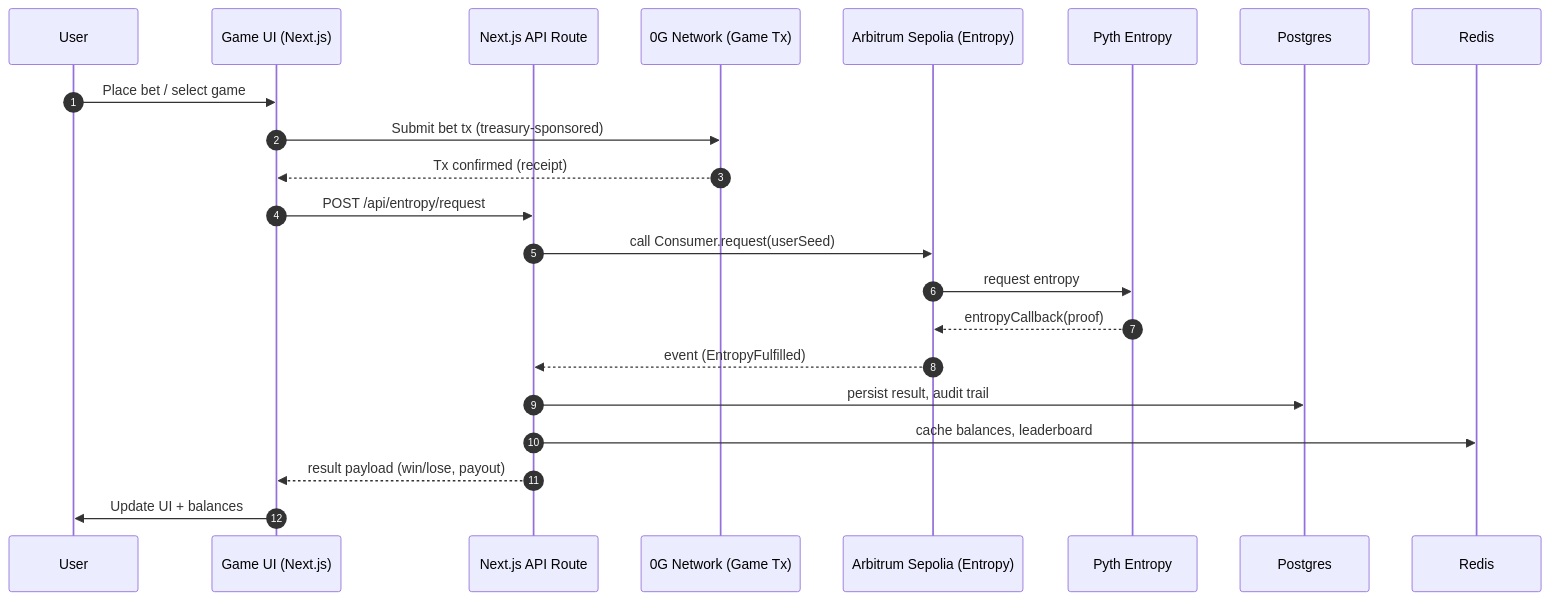
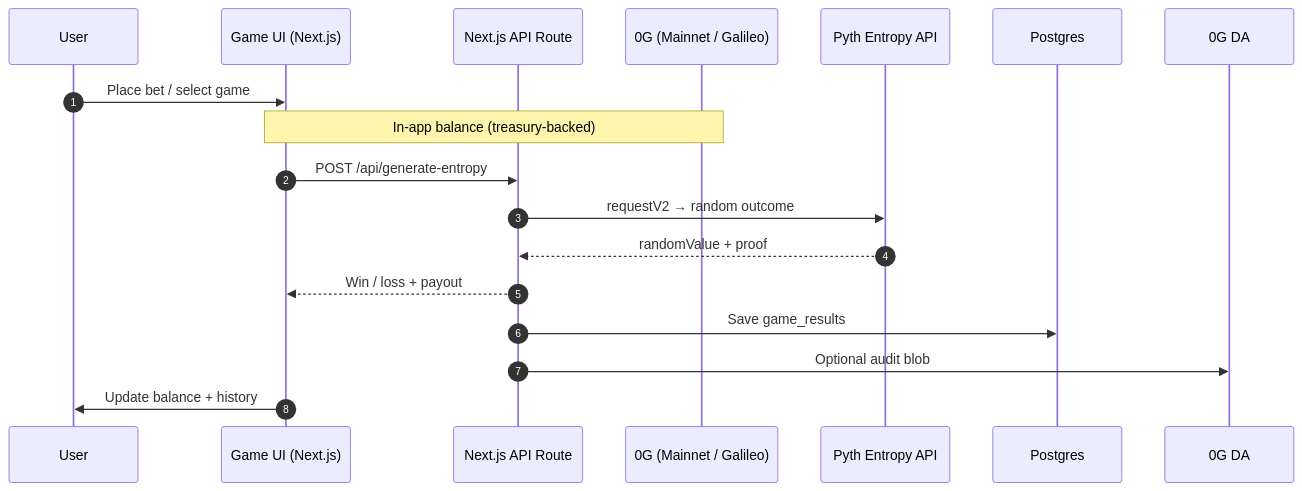
One commit to AmaanSayyad/APT-Casino-0g changed the ninth of 11 diagrams in README.md. Above: the diagram before and after it, drawn with Mermaid. The commit also changed other lines of this file and 10 other files, not shown here.

First line of the commit message:
feat: hero demo video, README diagrams, and 0G compute ledger fixes

````diff
--- a/README.md
+++ b/README.md
@@ -214,27 +332,21 @@
 ```mermaid
 sequenceDiagram
     autonumber
     participant U as User
     participant UI as Game UI (Next.js)
     participant API as Next.js API Route
-    participant OG as 0G Network (Game Tx)
-    participant AE as Arbitrum Sepolia (Entropy)
-    participant PE as Pyth Entropy
+    participant OG as 0G (Mainnet / Galileo)
+    participant RNG as Pyth Entropy API
     participant DB as Postgres
-    participant RD as Redis
+    participant DA as 0G DA
 
     U->>UI: Place bet / select game
-    UI->>OG: Submit bet tx (treasury-sponsored)
-    OG-->>UI: Tx confirmed (receipt)
-
-    UI->>API: POST /api/entropy/request
-    API->>AE: call Consumer.request(userSeed)
-    AE->>PE: request entropy
-    PE-->>AE: entropyCallback(proof)
-    AE-->>API: event (EntropyFulfilled)
-    API->>DB: persist result, audit trail
-    API->>RD: cache balances, leaderboard
-    API-->>UI: result payload (win/lose, payout)
-
-    UI->>U: Update UI + balances
+    Note over UI,OG: In-app balance (treasury-backed)
+    UI->>API: POST /api/generate-entropy
+    API->>RNG: requestV2 → random outcome
+    RNG-->>API: randomValue + proof
+    API-->>UI: Win / loss + payout
+    API->>DB: Save game_results
+    API->>DA: Optional audit blob
+    UI->>U: Update balance + history
 ```
````
